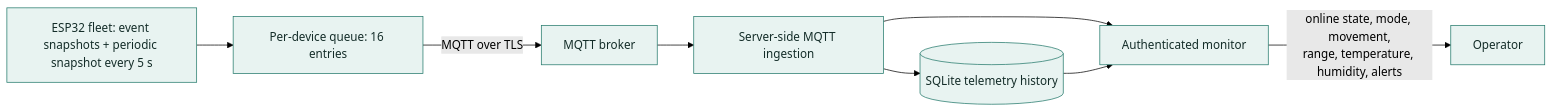
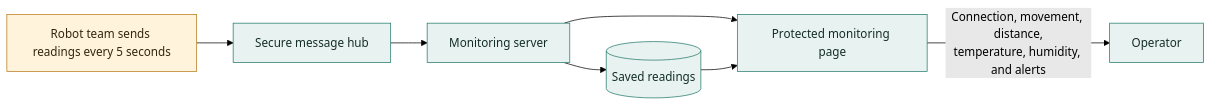
One commit to amish0/swarm_boat changed the third of 7 diagrams in docs/project-proposal.md. Above: the diagram before and after it, drawn with Mermaid (forest theme). The commit also changed other lines of this file, not shown here.

Commit message:
added production type architecture

````diff
--- a/docs/project-proposal.md
+++ b/docs/project-proposal.md
@@ -91,15 +92,14 @@
 ```mermaid
 flowchart LR
-  Robots[ESP32 fleet: event snapshots + periodic snapshot every 5 s] --> Queue[Per-device queue: 16 entries]
-  Queue -->|MQTT over TLS| Broker[MQTT broker]
-  Broker --> Ingest[Server-side MQTT ingestion]
-  Ingest --> Store[(SQLite telemetry history)]
-  Ingest --> Dashboard[Authenticated monitor]
-  Store --> Dashboard
-  Dashboard -->|online state, mode, movement,<br/>range, temperature, humidity, alerts| Operator[Operator]
+  Robots[Robot team sends readings every 5 seconds] --> Hub[Secure message hub]
+  Hub --> Server[Monitoring server]
+  Server --> History[(Saved readings)]
+  Server --> Dashboard[Protected monitoring page]
+  History --> Dashboard
+  Dashboard -->|Connection, movement, distance,<br/>temperature, humidity, and alerts| Operator[Operator]
 
   classDef existing fill:#e8f3f1,stroke:#23796b,color:#142d29
   classDef planned fill:#fff3dc,stroke:#b87816,color:#34250e
-  classDef data fill:#eef1f6,stroke:#64748b,color:#202938
-  class Robots,Queue,Broker,Ingest,Store,Dashboard,Operator existing
+  class Hub,Server,History,Dashboard,Operator existing
+  class Robots planned
 ```
````
